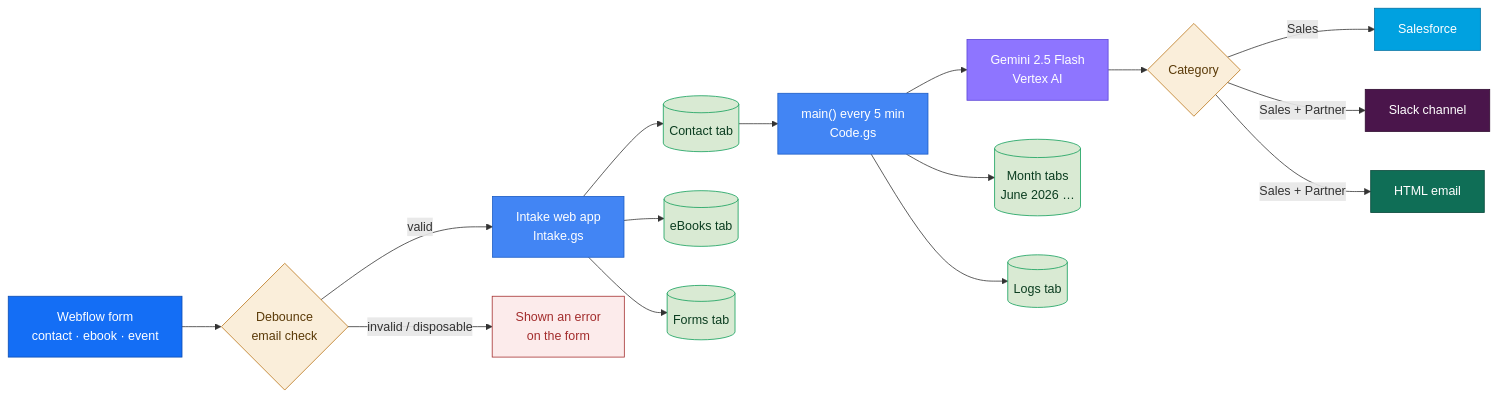
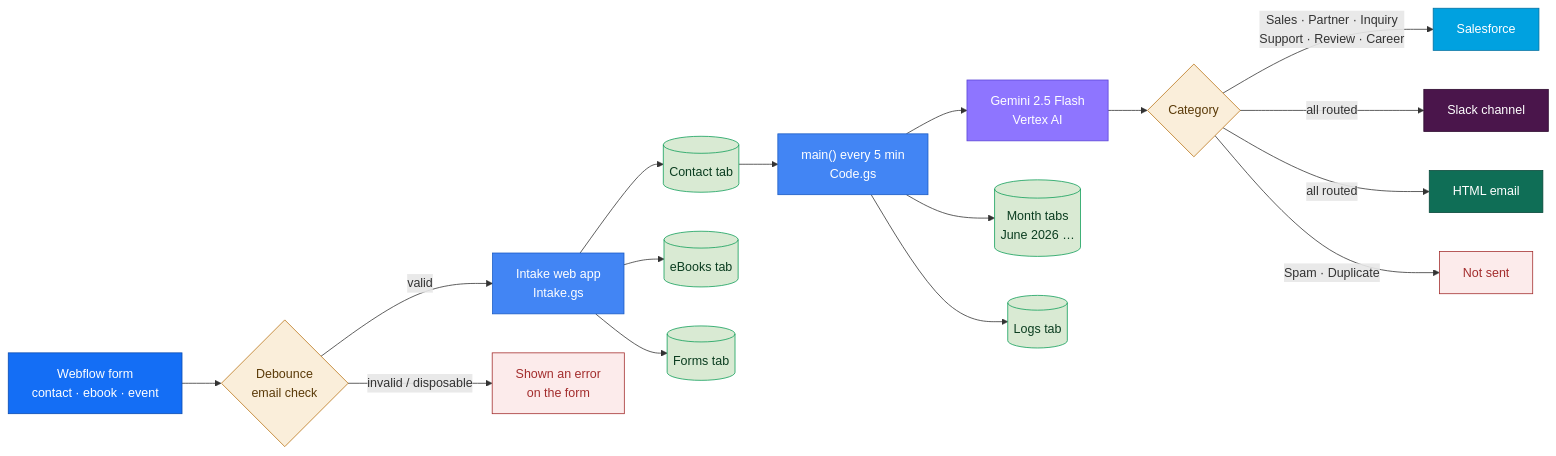
Before and after one commit to nexoradev-stack/AI-Lead-Qualification-and-Routing: the diagram in README.md, drawn with Mermaid. The commit also changed other lines of this file and 5 other files, not shown here.

First line of the commit message:
Route every real lead to Salesforce, Slack and email

````diff
--- a/README.md
+++ b/README.md
@@ -38,27 +38,28 @@
 ```mermaid
 flowchart LR
     W["Webflow form<br/>contact · ebook · event"]:::web --> D{"Debounce<br/>email check"}:::check
     D -- "valid" --> I["Intake web app<br/>Intake.gs"]:::script
     D -- "invalid / disposable" --> X["Shown an error<br/>on the form"]:::stop
     I --> C[("Contact tab")]:::sheet
     I --> E[("eBooks tab")]:::sheet
     I --> F[("Forms tab")]:::sheet
     C --> M["main() every 5 min<br/>Code.gs"]:::script
     M --> G["Gemini 2.5 Flash<br/>Vertex AI"]:::ai
     G --> R{"Category"}:::check
-    R -- "Sales" --> SF["Salesforce"]:::sf
-    R -- "Sales + Partner" --> SL["Slack channel"]:::slack
-    R -- "Sales + Partner" --> EM["HTML email"]:::mail
+    R -- "Sales · Partner · Inquiry<br/>Support · Review · Career" --> SF["Salesforce"]:::sf
+    R -- "all routed" --> SL["Slack channel"]:::slack
+    R -- "all routed" --> EM["HTML email"]:::mail
+    R -- "Spam · Duplicate" --> N["Not sent"]:::stop
     M --> MT[("Month tabs<br/>June 2026 …")]:::sheet
     M --> L[("Logs tab")]:::sheet
 
     classDef web fill:#146EF5,stroke:#0B4BB0,color:#fff
     classDef check fill:#FAEEDA,stroke:#BA7517,color:#5A3A08
     classDef script fill:#4285F4,stroke:#1A5BC4,color:#fff
     classDef sheet fill:#D9EAD3,stroke:#0F9D58,color:#0B3D20
     classDef ai fill:#8E75FF,stroke:#5B44D6,color:#fff
     classDef sf fill:#00A1E0,stroke:#0070A0,color:#fff
     classDef slack fill:#4A154B,stroke:#2E0B2F,color:#fff
     classDef mail fill:#0F6E56,stroke:#08483A,color:#fff
     classDef stop fill:#FCEBEB,stroke:#A32D2D,color:#A32D2D
 ```
````
